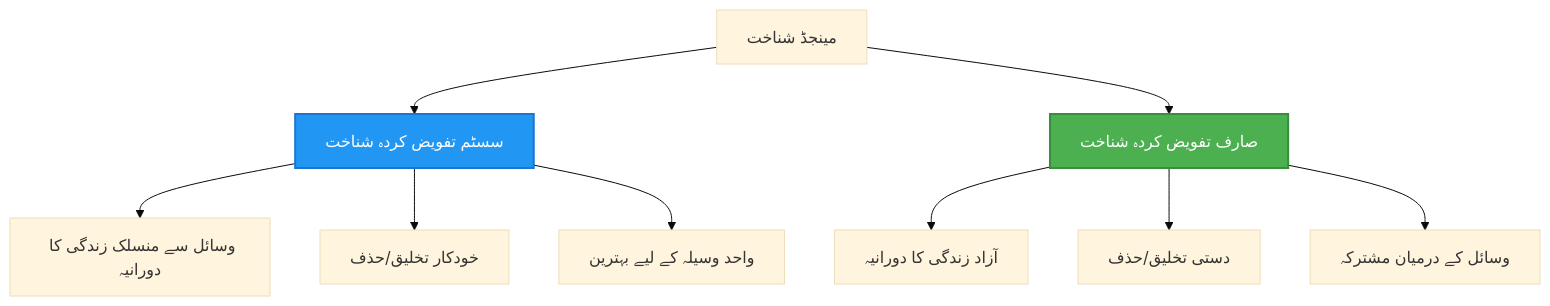
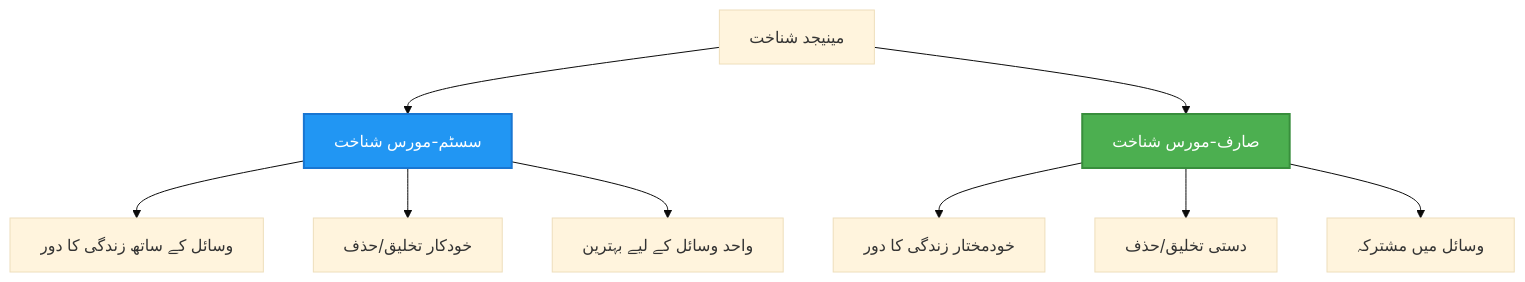
One commit to microsoft/AZD-for-beginners changed the second of 2 diagrams in translations/ur/docs/chapter-03-configuration/authsecurity.md. Above: the diagram before and after it, drawn with Mermaid (base theme). The commit also changed other lines of this file and 104 other files, not shown here.

````diff
--- a/translations/ur/docs/chapter-03-configuration/authsecurity.md
+++ b/translations/ur/docs/chapter-03-configuration/authsecurity.md
@@ -97,20 +98,20 @@
 ```mermaid
 graph TB
-    MI[مینجڈ شناخت]
-    SystemAssigned[سسٹم تفویض کردہ شناخت]
-    UserAssigned[صارف تفویض کردہ شناخت]
+    MI[مینیجد شناخت]
+    SystemAssigned[سسٹم-مورس شناخت]
+    UserAssigned[صارف-مورس شناخت]
     
     MI --> SystemAssigned
     MI --> UserAssigned
     
-    SystemAssigned --> SA1[وسائل سے منسلک زندگی کا دورانیہ]
+    SystemAssigned --> SA1[وسائل کے ساتھ زندگی کا دور]
     SystemAssigned --> SA2[خودکار تخلیق/حذف]
-    SystemAssigned --> SA3[واحد وسیلہ کے لیے بہترین]
+    SystemAssigned --> SA3[واحد وسائل کے لیے بہترین]
     
-    UserAssigned --> UA1[آزاد زندگی کا دورانیہ]
+    UserAssigned --> UA1[خودمختار زندگی کا دور]
     UserAssigned --> UA2[دستی تخلیق/حذف]
-    UserAssigned --> UA3[وسائل کے درمیان مشترکہ]
+    UserAssigned --> UA3[وسائل میں مشترکہ]
     
     style SystemAssigned fill:#2196F3,stroke:#1976D2,stroke-width:2px,color:#fff
     style UserAssigned fill:#4CAF50,stroke:#388E3C,stroke-width:2px,color:#fff
 ```
````
